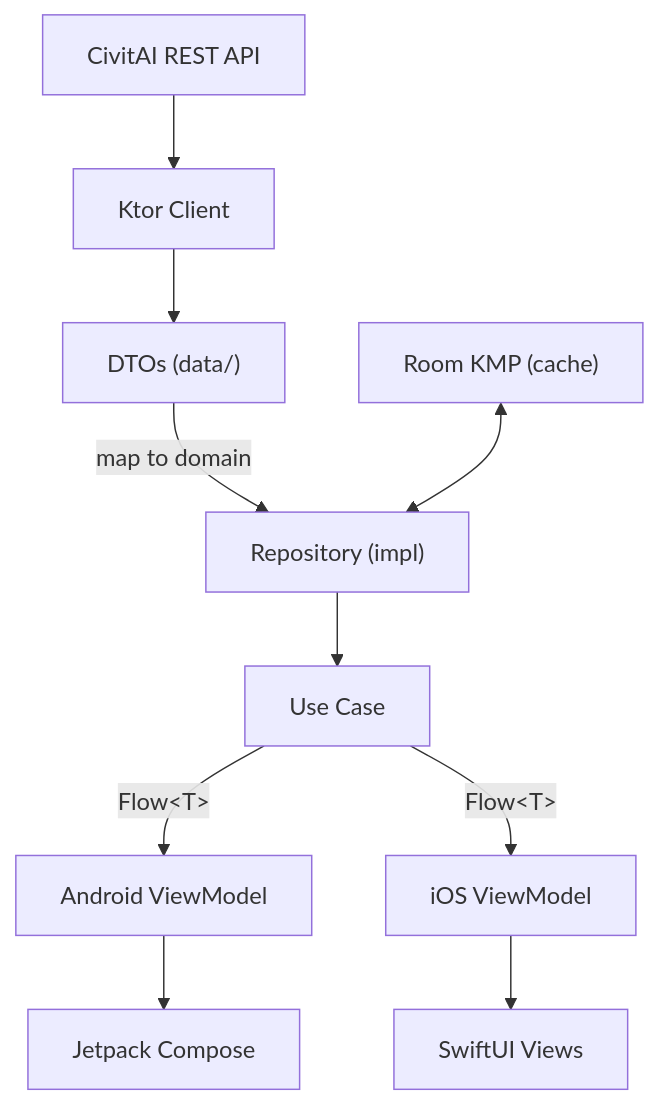
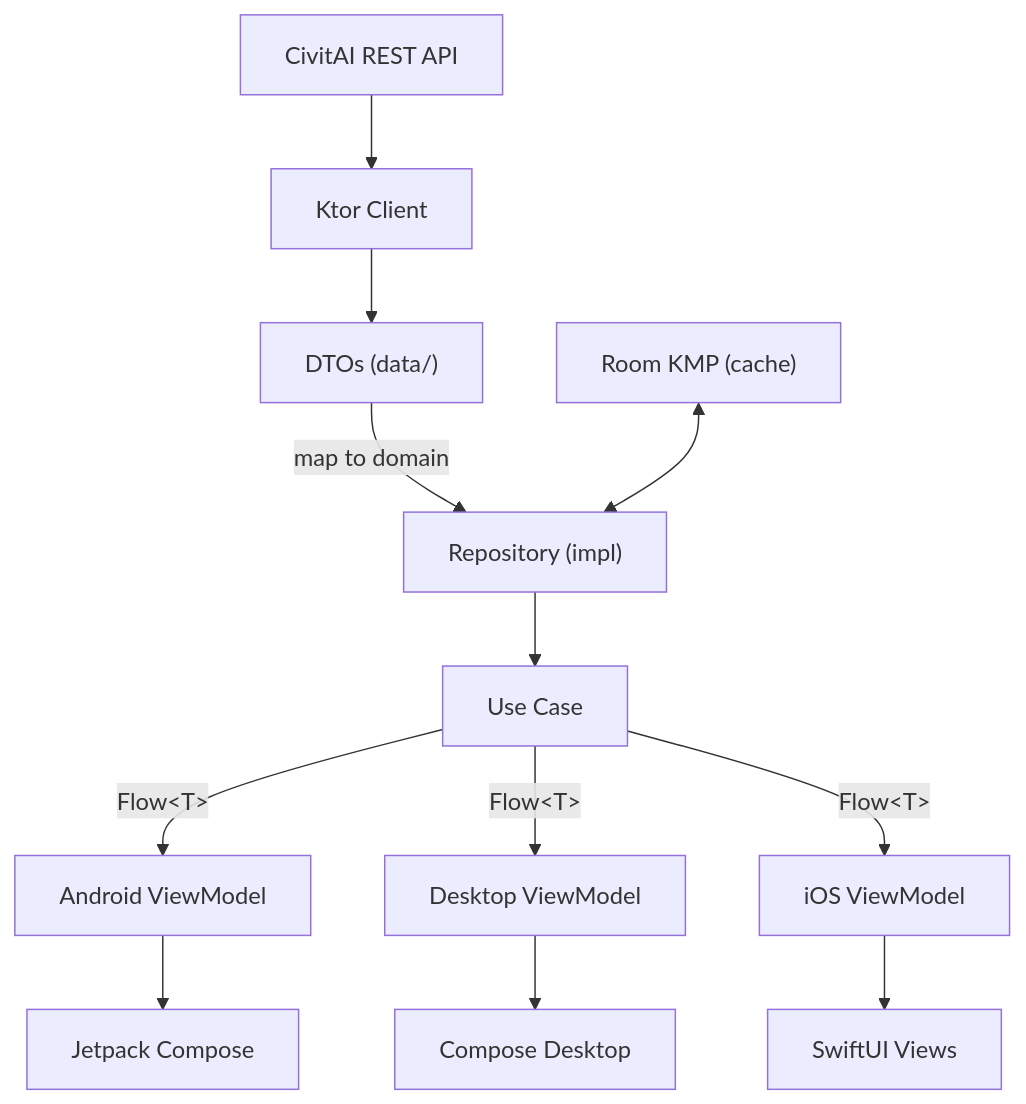
The diagram in docs/ARCHITECTURE.md (rioX432/CivitDeck), drawn with Mermaid before and after one commit. The commit also changed other lines of this file and 4 other files, not shown here.

````diff
--- a/docs/ARCHITECTURE.md
+++ b/docs/ARCHITECTURE.md
@@ -85,12 +90,14 @@
 ```mermaid
 graph TB
     api["CivitAI REST API"] --> ktor["Ktor Client"]
     ktor --> dto["DTOs (data/)"]
     dto -- "map to domain" --> repo["Repository (impl)"]
     room["Room KMP (cache)"] <--> repo
     repo --> usecase["Use Case"]
     usecase -- "Flow&lt;T&gt;" --> avm["Android ViewModel"]
+    usecase -- "Flow&lt;T&gt;" --> dvm["Desktop ViewModel"]
     usecase -- "Flow&lt;T&gt;" --> ivm["iOS ViewModel"]
     avm --> compose["Jetpack Compose"]
+    dvm --> desktop["Compose Desktop"]
     ivm --> swiftui["SwiftUI Views"]
 ```
````
